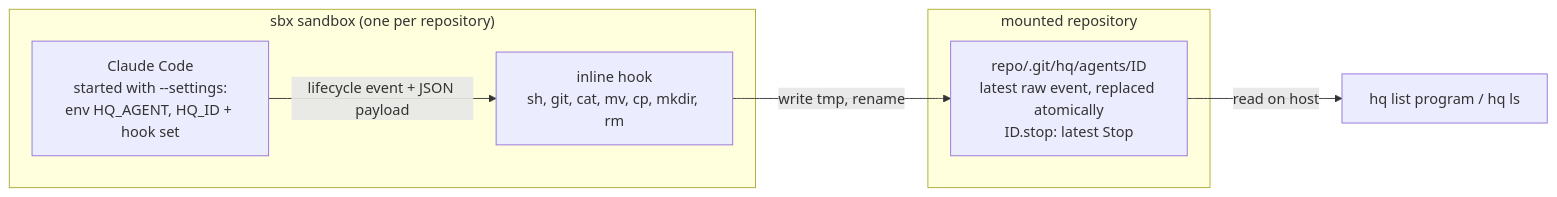
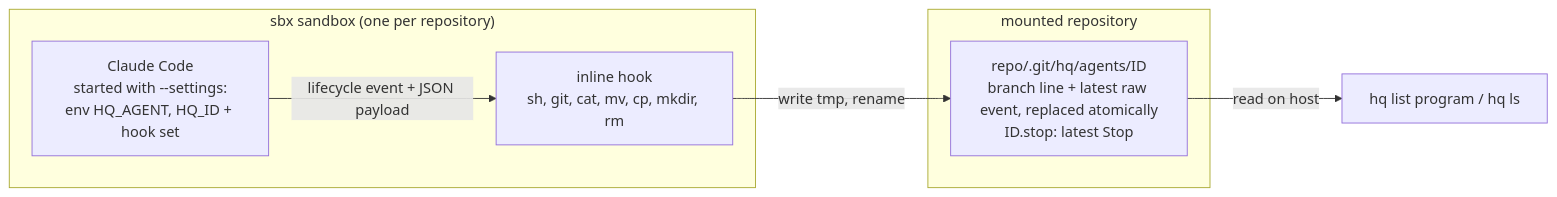
Before and after one commit to rkrysinski/hq: the second of 4 diagrams in docs/design/hq.md, drawn with Mermaid. The commit also changed other lines of this file and 11 other files, not shown here.

````diff
--- a/docs/design/hq.md
+++ b/docs/design/hq.md
@@ -78,13 +78,13 @@
 ```mermaid
 flowchart LR
     subgraph SB["sbx sandbox (one per repository)"]
         C["Claude Code<br/>started with --settings:<br/>env HQ_AGENT, HQ_ID + hook set"]
         K["inline hook<br/>sh, git, cat, mv, cp, mkdir, rm"]
         C -- "lifecycle event + JSON payload" --> K
     end
     subgraph RP["mounted repository"]
-        F["repo/.git/hq/agents/ID<br/>latest raw event, replaced atomically<br/>ID.stop: latest Stop"]
+        F["repo/.git/hq/agents/ID<br/>branch line + latest raw event, replaced atomically<br/>ID.stop: latest Stop"]
     end
     K -- "write tmp, rename" --> F
     F -- "read on host" --> LP["hq list program / hq ls"]
 ```
````
